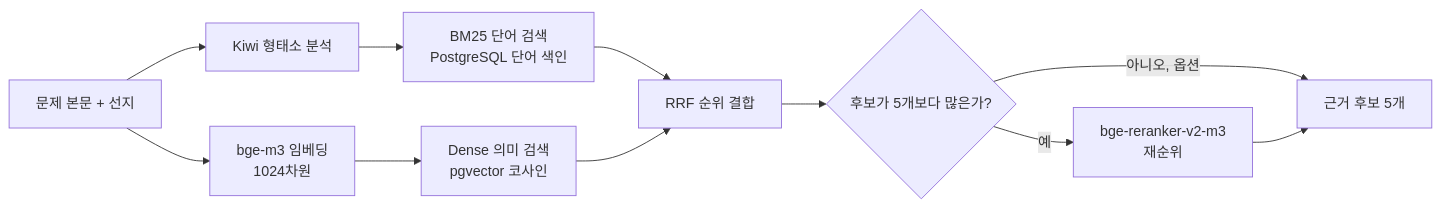
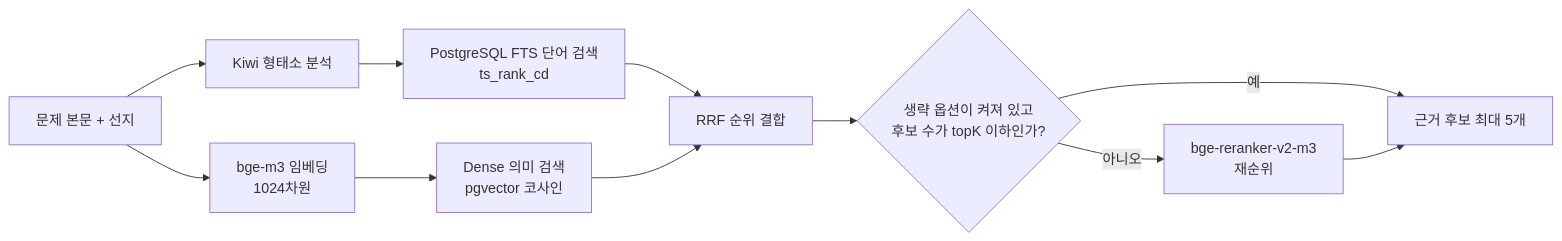
Before and after one commit to lawground-team/LawGround: the second of 7 diagrams in README.md, drawn with Mermaid. The commit also changed other lines of this file, not shown here.

````diff
--- a/README.md
+++ b/README.md
@@ -228,13 +203,13 @@
 ```mermaid
 flowchart LR
     Q["문제 본문 + 선지"] --> K["Kiwi 형태소 분석"]
     Q --> EM["bge-m3 임베딩<br/>1024차원"]
-    K --> BM["BM25 단어 검색<br/>PostgreSQL 단어 색인"]
+    K --> BM["PostgreSQL FTS 단어 검색<br/>ts_rank_cd"]
     EM --> DN["Dense 의미 검색<br/>pgvector 코사인"]
     BM --> RRF["RRF 순위 결합"]
     DN --> RRF
-    RRF --> RR{"후보가 5개보다 많은가?"}
-    RR -->|예| RER["bge-reranker-v2-m3<br/>재순위"]
-    RR -->|아니오, 옵션| TOP
-    RER --> TOP["근거 후보 5개"]
+    RRF --> RR{"생략 옵션이 켜져 있고<br/>후보 수가 topK 이하인가?"}
+    RR -->|아니오| RER["bge-reranker-v2-m3<br/>재순위"]
+    RR -->|예| TOP
+    RER --> TOP["근거 후보 최대 5개"]
 ```
````
